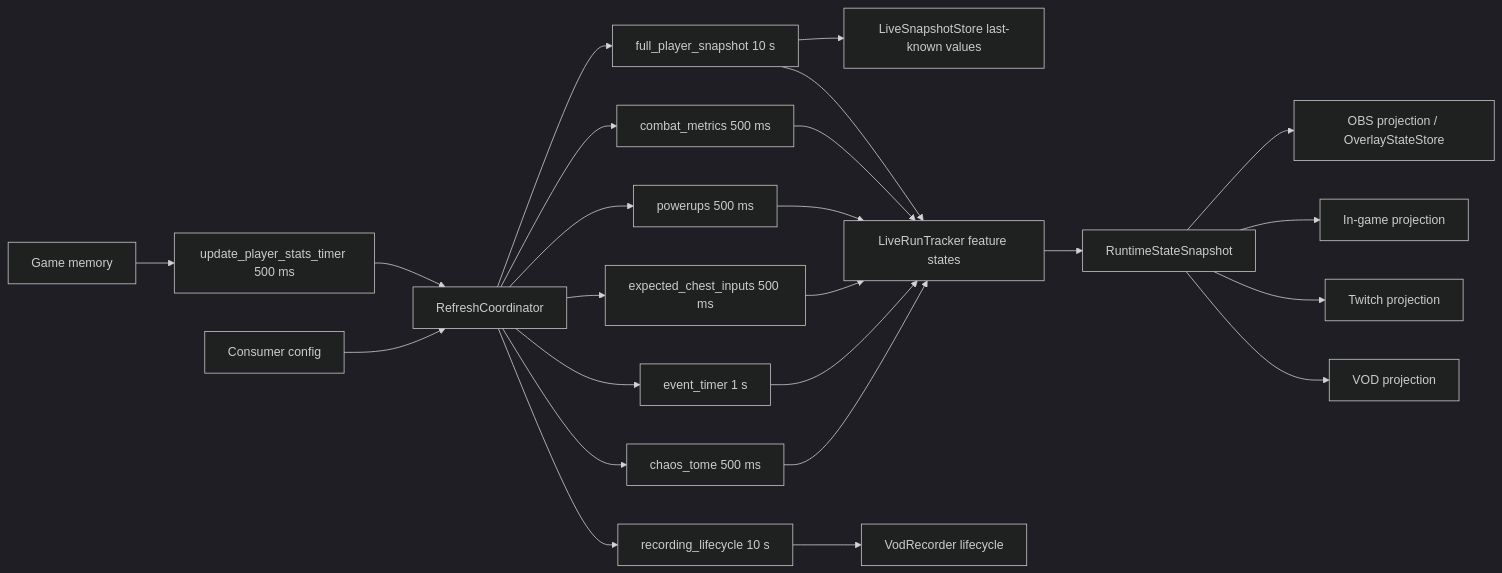
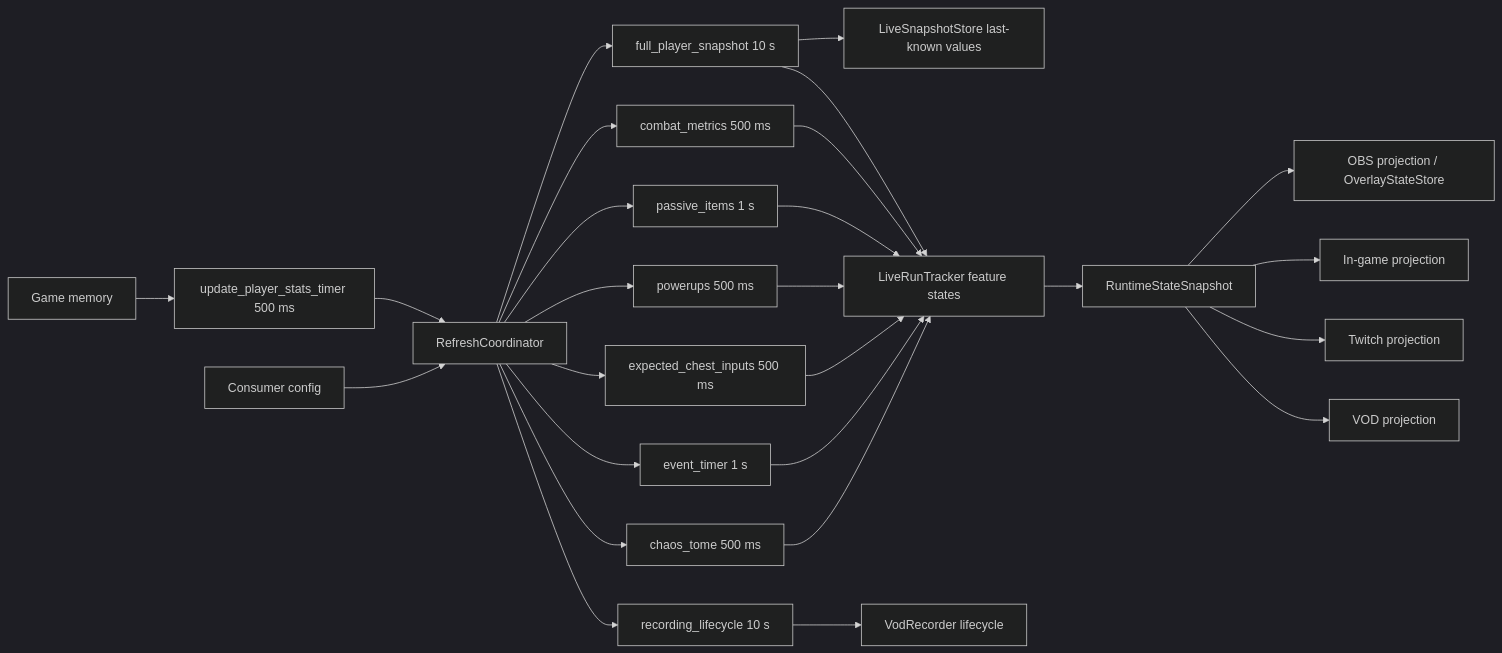
Before and after one commit to ALuiell/BonkScanner: the first of 2 diagrams in docs/design/app/data_flow_architecture.md, drawn with Mermaid (dark theme). The commit also changed other lines of this file and 12 other files, not shown here.

Commit message:
Align documentation with current architecture

````diff
--- a/docs/design/app/data_flow_architecture.md
+++ b/docs/design/app/data_flow_architecture.md
@@ -8,26 +8,28 @@
 ```mermaid
 flowchart LR
     Memory[Game memory] --> Driver[update_player_stats_timer 500 ms]
     Driver --> Coordinator[RefreshCoordinator]
     Config[Consumer config] --> Coordinator
     Coordinator --> Lifecycle[recording_lifecycle 10 s]
     Coordinator --> Slow[full_player_snapshot 10 s]
     Coordinator --> Combat[combat_metrics 500 ms]
+    Coordinator --> Passive[passive_items 1 s]
     Coordinator --> Powerups[powerups 500 ms]
     Coordinator --> Chests[expected_chest_inputs 500 ms]
     Coordinator --> Event[event_timer 1 s]
     Coordinator --> Chaos[chaos_tome 500 ms]
     Slow --> Store[LiveSnapshotStore last-known values]
     Slow --> Tracker[LiveRunTracker feature states]
     Combat --> Tracker
+    Passive --> Tracker
     Powerups --> Tracker
     Chests --> Tracker
     Event --> Tracker
     Chaos --> Tracker
     Lifecycle --> Recorder[VodRecorder lifecycle]
     Tracker --> Snapshot[RuntimeStateSnapshot]
     Snapshot --> OBS[OBS projection / OverlayStateStore]
     Snapshot --> InGame[In-game projection]
     Snapshot --> Twitch[Twitch projection]
     Snapshot --> VOD[VOD projection]
 ```
````
